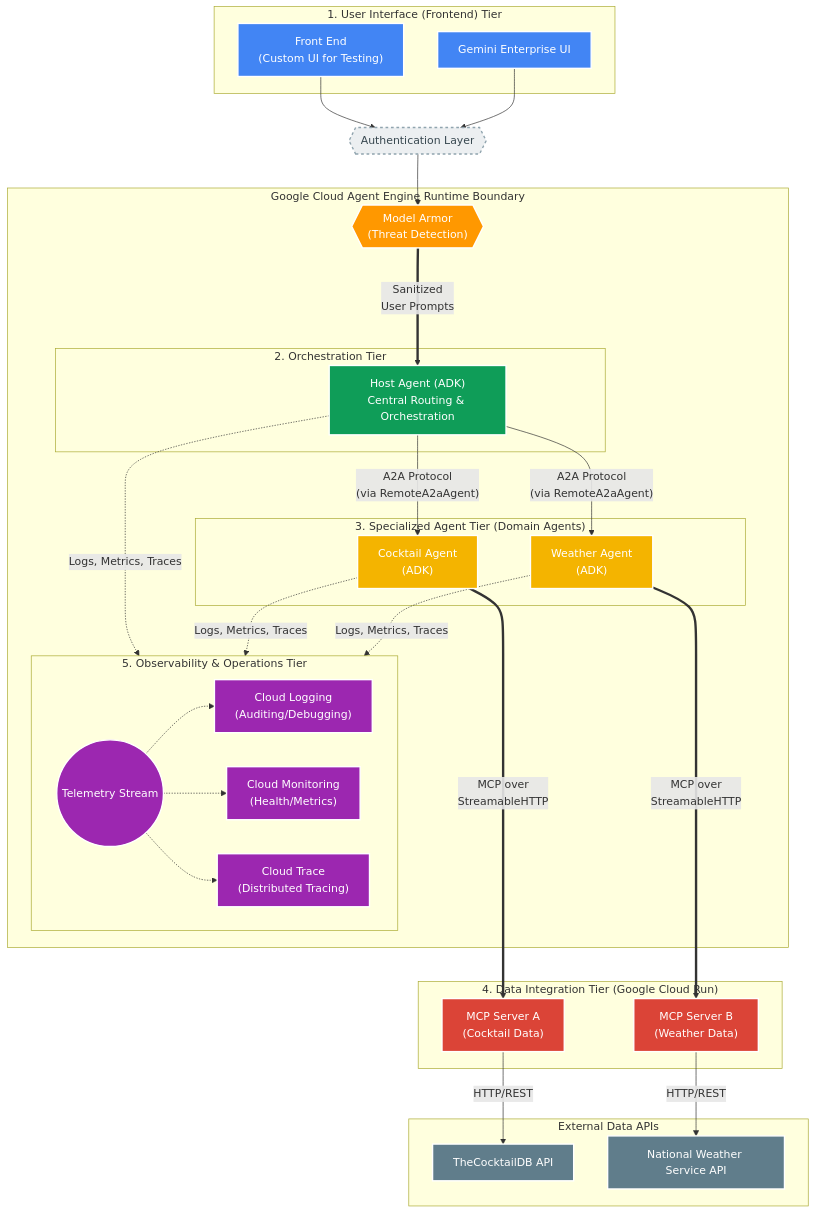
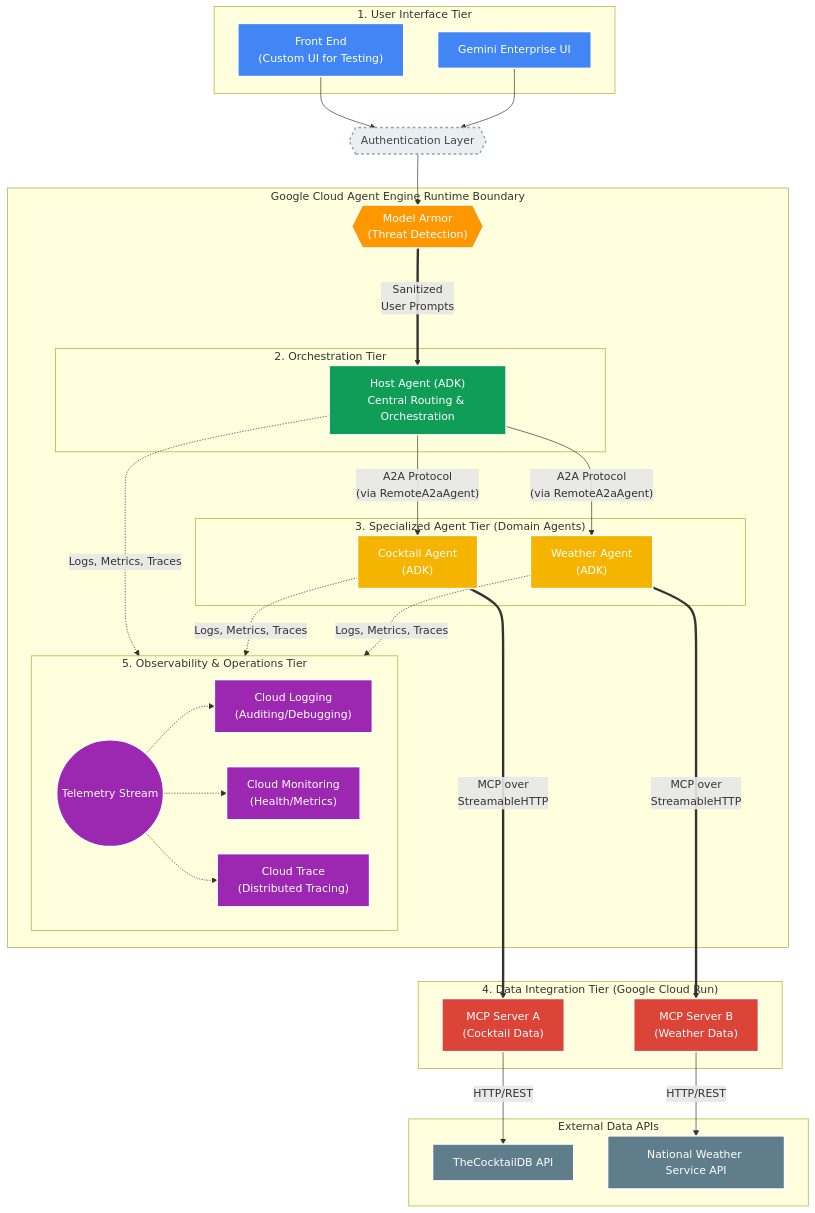
One commit to wadave/a2a-multiagent-ge-cicd changed the diagram in README.md. Above: the diagram before and after it, drawn with Mermaid.

Commit message:
chore: change agentspace to gemini enterprise in md files

````diff
--- a/README.md
+++ b/README.md
@@ -80,81 +80,81 @@
 ```mermaid
 graph TD
     %% Define Styles & Colors
     classDef ui fill:#4285F4,stroke:#fff,stroke-width:2px,color:#fff
     classDef auth fill:#ECEFF1,stroke:#90A4AE,stroke-width:2px,stroke-dasharray: 4 4,color:#37474F
     classDef host fill:#0F9D58,stroke:#fff,stroke-width:2px,color:#fff
     classDef agent fill:#F4B400,stroke:#fff,stroke-width:2px,color:#fff
     classDef mcp fill:#DB4437,stroke:#fff,stroke-width:2px,color:#fff
     classDef api fill:#607D8B,stroke:#fff,stroke-width:2px,color:#fff
     classDef obs fill:#9C27B0,stroke:#fff,stroke-width:2px,color:#fff
     classDef security fill:#FF9800,stroke:#fff,stroke-width:2px,color:#fff
 
     %% 1. User Interface Tier
-    subgraph Tier1 ["1. User Interface (Frontend) Tier"]
+    subgraph Tier1 ["1. User Interface Tier"]
         UI1["Front End<br/>(Custom UI for Testing)"]:::ui
         UI2["Gemini Enterprise UI"]:::ui
     end
 
     Auth{{"Authentication Layer"}}:::auth
     MA{{"Model Armor<br/>(Threat Detection)"}}:::security
     UI1 --> Auth
     UI2 --> Auth
     Auth --> MA
 
     %% Google Cloud Agent Engine Boundary
     subgraph GCP_AE ["Google Cloud Agent Engine Runtime Boundary"]
         
         %% 2. Orchestration Tier
         subgraph Tier2 ["2. Orchestration Tier"]
             HA["Host Agent (ADK)<br/>Central Routing & Orchestration"]:::host
         end
 
         %% 3. Specialized Agent Tier
         subgraph Tier3 ["3. Specialized Agent Tier (Domain Agents)"]
             CA["Cocktail Agent<br/>(ADK)"]:::agent
             WA["Weather Agent<br/>(ADK)"]:::agent
         end
 
         %% 5. Observability & Operations Tier
         subgraph Tier5 ["5. Observability & Operations Tier"]
             direction LR
             TelemetryBus(("Telemetry Stream")):::obs
             LOG["Cloud Logging<br/>(Auditing/Debugging)"]:::obs
             MON["Cloud Monitoring<br/>(Health/Metrics)"]:::obs
             TRC["Cloud Trace<br/>(Distributed Tracing)"]:::obs
             
             TelemetryBus -.-> LOG
             TelemetryBus -.-> MON
             TelemetryBus -.-> TRC
         end
 
         %% Internal Engine Connections
         MA == "Sanitized<br/>User Prompts" ===> HA
         HA -- "A2A Protocol<br/>(via RemoteA2aAgent)" --> CA
         HA -- "A2A Protocol<br/>(via RemoteA2aAgent)" --> WA
 
         %% Telemetry Flow (All agents send to all 3 tools)
         HA -. "Logs, Metrics, Traces" .-> TelemetryBus
         CA -. "Logs, Metrics, Traces" .-> TelemetryBus
         WA -. "Logs, Metrics, Traces" .-> TelemetryBus
     end
 
     %% 4. Data Integration Tier
     subgraph Tier4 ["4. Data Integration Tier (Google Cloud Run)"]
         CMCP["MCP Server A<br/>(Cocktail Data)"]:::mcp
         WMCP["MCP Server B<br/>(Weather Data)"]:::mcp
     end
 
     %% External Connections
     CA == "MCP over<br/>StreamableHTTP" ===> CMCP
     WA == "MCP over<br/>StreamableHTTP" ===> WMCP
 
     %% External APIs
     subgraph Ext_APIs ["External Data APIs"]
         CDB["TheCocktailDB API"]:::api
         NWS["National Weather Service API"]:::api
     end
 
     CMCP -- "HTTP/REST" --> CDB
     WMCP -- "HTTP/REST" --> NWS
 ```
````
